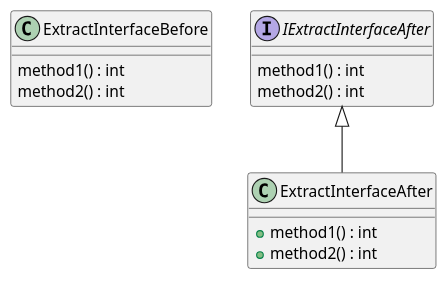
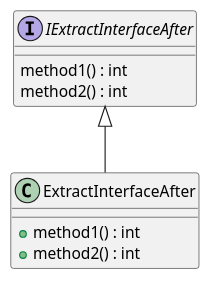
Before and after one commit to claremacrae/RefactoringSamples: the diagram in uml/Extract/ExtractInterface.puml, drawn with PlantUML. The commit also changed 6 other files, not shown here.

Commit message:
Move class to separate file ExtractInterfaceBefore.cs

```diff
--- a/uml/Extract/ExtractInterface.puml
+++ b/uml/Extract/ExtractInterface.puml
@@ -1,15 +1,11 @@
 @startuml
-class ExtractInterfaceBefore {
-    method1() : int
-    method2() : int
-}
 interface IExtractInterfaceAfter {
     method1() : int
     method2() : int
 }
 class ExtractInterfaceAfter {
     + method1() : int
     + method2() : int
 }
 IExtractInterfaceAfter <|-- ExtractInterfaceAfter
 @enduml
```
